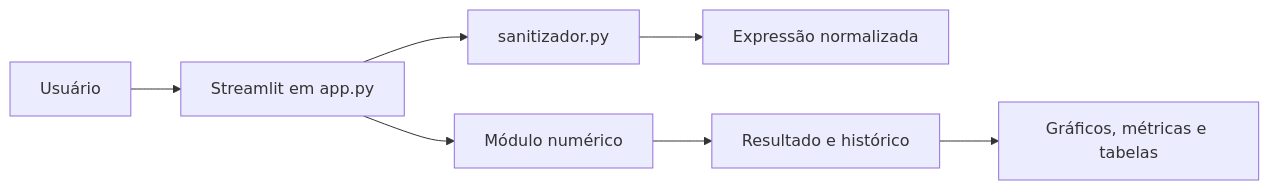
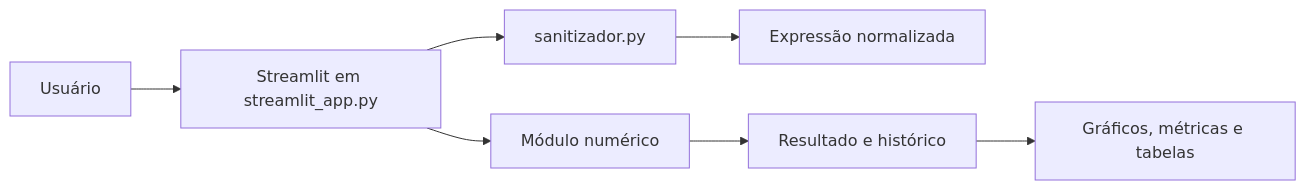
Before and after one commit to Dionatan2019Rodrigues/metodos-numericos: the diagram in README.md, drawn with Mermaid. The commit also changed other lines of this file and 3 other files, not shown here.

Commit message:
chore : remane app.py to streamlit_app.py

````diff
--- a/README.md
+++ b/README.md
@@ -15,9 +15,9 @@
 ```mermaid
 flowchart LR
-    U[Usuário] --> UI[Streamlit em app.py]
+    U[Usuário] --> UI[Streamlit em streamlit_app.py]
     UI --> S[sanitizador.py]
     S --> E[Expressão normalizada]
     UI --> M[Módulo numérico]
     M --> R[Resultado e histórico]
     R --> V[Gráficos, métricas e tabelas]
 ```
````
